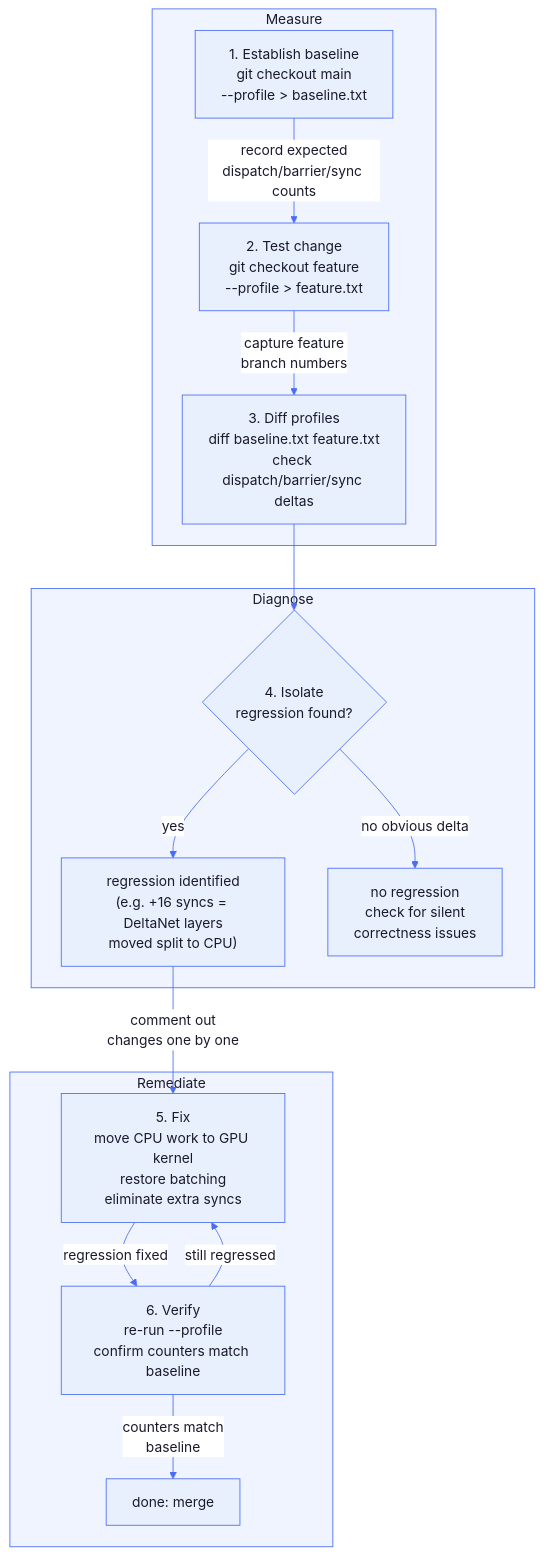
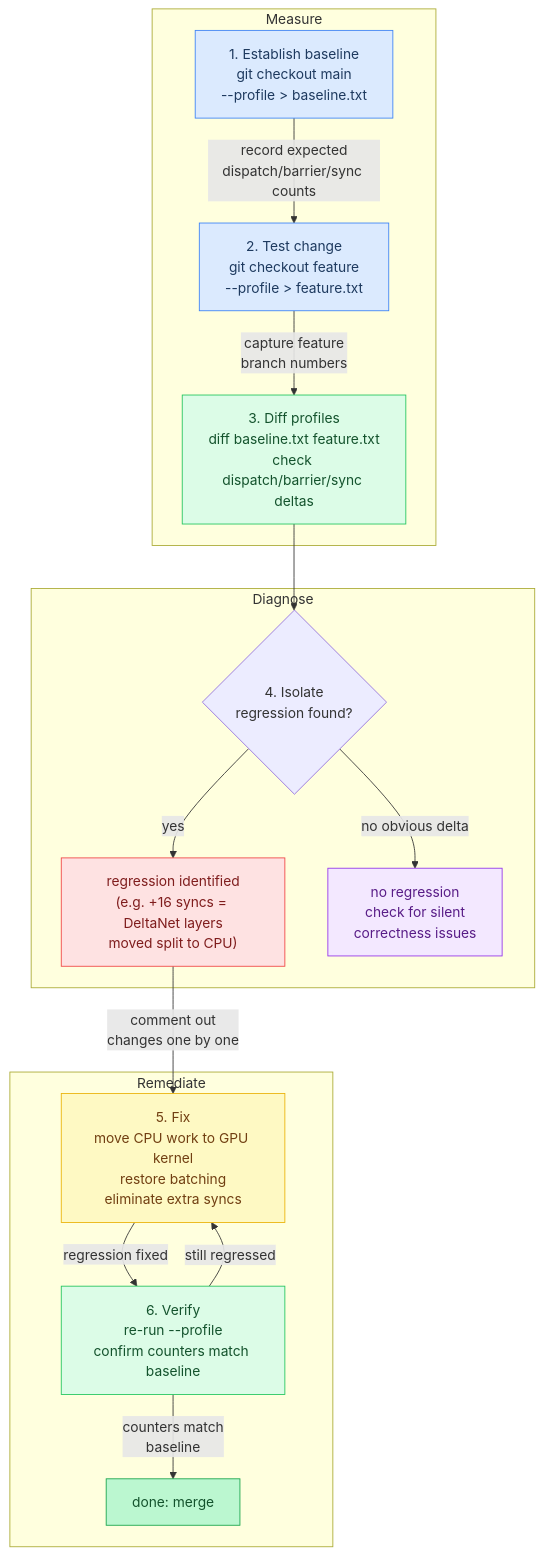
The fifth of 6 diagrams in docs/tutorial/appendix-profiling.md (maci0/agave), drawn with Mermaid before and after one commit. The commit also changed other lines of this file and 24 other files, not shown here.

First line of the commit message:
docs: convert all mermaid diagrams to classDef semantic colors

````diff
--- a/docs/tutorial/appendix-profiling.md
+++ b/docs/tutorial/appendix-profiling.md
@@ -460,53 +439,47 @@
 ```mermaid
-%%{init: {'theme': 'base', 'themeVariables': {
-  'primaryColor': '#e8f0fe',
-  'primaryTextColor': '#1a1a2e',
-  'primaryBorderColor': '#4a6cf7',
-  'lineColor': '#4a6cf7',
-  'secondaryColor': '#f0f4ff',
-  'tertiaryColor': '#f8f9ff',
-  'edgeLabelBackground': '#ffffff',
-  'clusterBkg': '#f0f4ff',
-  'clusterBorder': '#4a6cf7',
-  'titleColor': '#1a1a2e',
-  'nodeTextColor': '#1a1a2e',
-  'fontFamily': 'ui-monospace, SFMono-Regular, monospace'
-}}}%%
 flowchart TD
-    Step1["1. Establish baseline\ngit checkout main\n--profile > baseline.txt"]
-    Step2["2. Test change\ngit checkout feature\n--profile > feature.txt"]
-    Step3["3. Diff profiles\ndiff baseline.txt feature.txt\ncheck dispatch/barrier/sync deltas"]
+    classDef setup     fill:#dbeafe,stroke:#3b82f6,color:#1e3a5f
+    classDef sync      fill:#dcfce7,stroke:#22c55e,color:#14532d
+    classDef migration fill:#fef9c3,stroke:#eab308,color:#713f12
+    classDef success   fill:#bbf7d0,stroke:#16a34a,color:#14532d
+    classDef danger    fill:#fee2e2,stroke:#ef4444,color:#7f1d1d
+    classDef optional  fill:#f3e8ff,stroke:#9333ea,color:#581c87
+
+    Step1["1. Establish baseline\ngit checkout main\n--profile > baseline.txt"]:::setup
+    Step2["2. Test change\ngit checkout feature\n--profile > feature.txt"]:::setup
+    Step3["3. Diff profiles\ndiff baseline.txt feature.txt\ncheck dispatch/barrier/sync deltas"]:::sync
     Step4{"4. Isolate\nregression found?"}
-    Step5["5. Fix\nmove CPU work to GPU kernel\nrestore batching\neliminate extra syncs"]
-    Step6["6. Verify\nre-run --profile\nconfirm counters match baseline"]
-    Regression["regression identified\n(e.g. +16 syncs = DeltaNet layers\nmoved split to CPU)"]
-    NoReg["no regression\ncheck for silent\ncorrectness issues"]
+    Step5["5. Fix\nmove CPU work to GPU kernel\nrestore batching\neliminate extra syncs"]:::migration
+    Step6["6. Verify\nre-run --profile\nconfirm counters match baseline"]:::sync
+    Regression["regression identified\n(e.g. +16 syncs = DeltaNet layers\nmoved split to CPU)"]:::danger
+    NoReg["no regression\ncheck for silent\ncorrectness issues"]:::optional
+    Done["done: merge"]:::success
 
     Step1 -->|"record expected\ndispatch/barrier/sync counts"| Step2
     Step2 -->|"capture feature\nbranch numbers"| Step3
     Step3 --> Step4
     Step4 -->|"yes"| Regression
     Step4 -->|"no obvious delta"| NoReg
     Regression -->|"comment out\nchanges one by one"| Step5
     Step5 -->|"regression fixed"| Step6
-    Step6 -->|"counters match\nbaseline"| Done["done: merge"]
+    Step6 -->|"counters match\nbaseline"| Done
     Step6 -->|"still regressed"| Step5
 
     subgraph Measure["Measure"]
         Step1
         Step2
         Step3
     end
 
     subgraph Diagnose["Diagnose"]
         Step4
         Regression
         NoReg
     end
 
     subgraph Remediate["Remediate"]
         Step5
         Step6
         Done
     end
 ```
````
